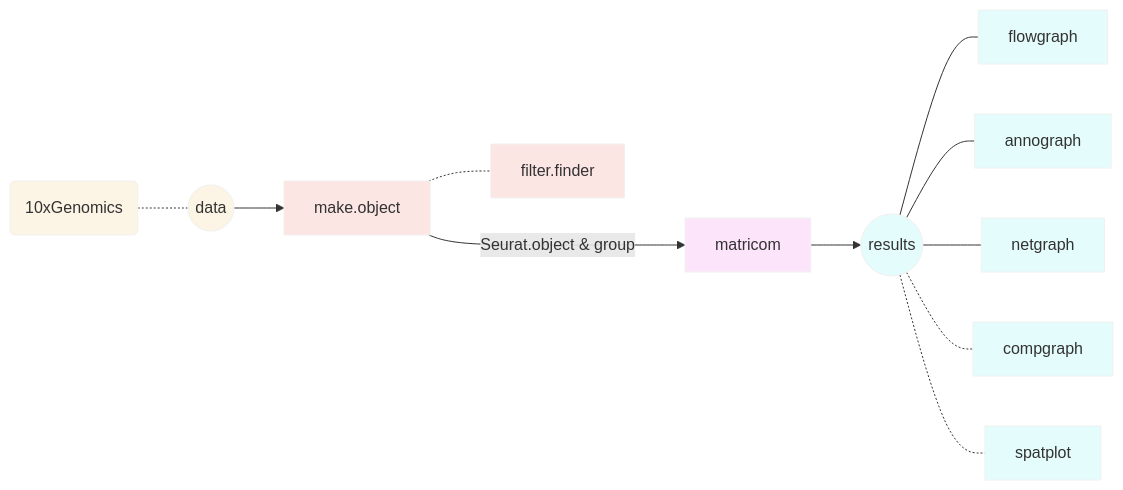
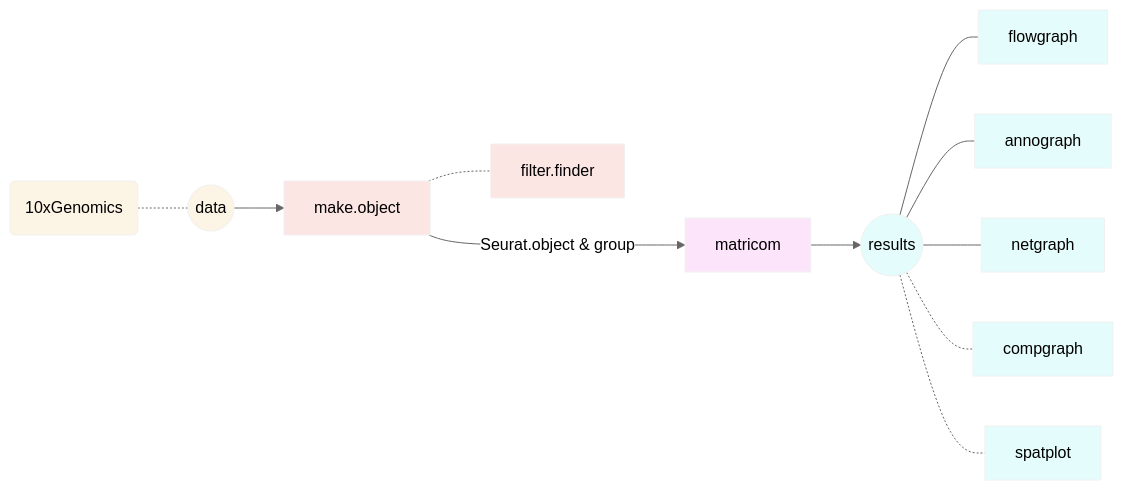
One commit to Izzilab/matRicom changed the first of 3 diagrams in README.md. Above: the diagram before and after it, drawn with Mermaid.

````diff
--- a/README.md
+++ b/README.md
@@ -84,23 +84,23 @@
 ```mermaid
-%%{init: {'theme': 'normal' } }%%
+%%{init: {'theme': 'neutral' } }%%
 flowchart LR
 style 10 fill: #FCF4E4, stroke:#F1F1F0
 style rd fill: #FCF4E4, stroke:#F1F1F0
 style mo fill: #FCE6E4, stroke:#F1F1F0
 style ff fill: #FCE6E4, stroke:#F1F1F0
 %%style mos fill: #FCE6E4, stroke:#F1F1F0
 style mtc fill: #FCE4FA, stroke:#F1F1F0
 %%style mtcs fill: #FCE4FA, stroke:#F1F1F0
 style rs fill: #E4FCFB, stroke:#F1F1F0
 style flowgraph fill: #E4FCFB, stroke:#F1F1F0
 style annograph fill: #E4FCFB, stroke:#F1F1F0
 style netgraph fill: #E4FCFB, stroke:#F1F1F0
 style compgraph fill: #E4FCFB, stroke:#F1F1F0
 style spatplot fill: #E4FCFB, stroke:#F1F1F0
 
 10(10xGenomics) -.- rd((data)) --> mo[make.object] -- Seurat.object & group ---> mtc[matricom] --> rs((results))
 mo -.- ff[filter.finder]
 %%rd -. for spatial data .-mos[make.object.spatial] -.-> mtcs[matricom.spatial] -.-> rs
 rs --- flowgraph & annograph & netgraph
 rs -.- compgraph & spatplot
 ```
````
